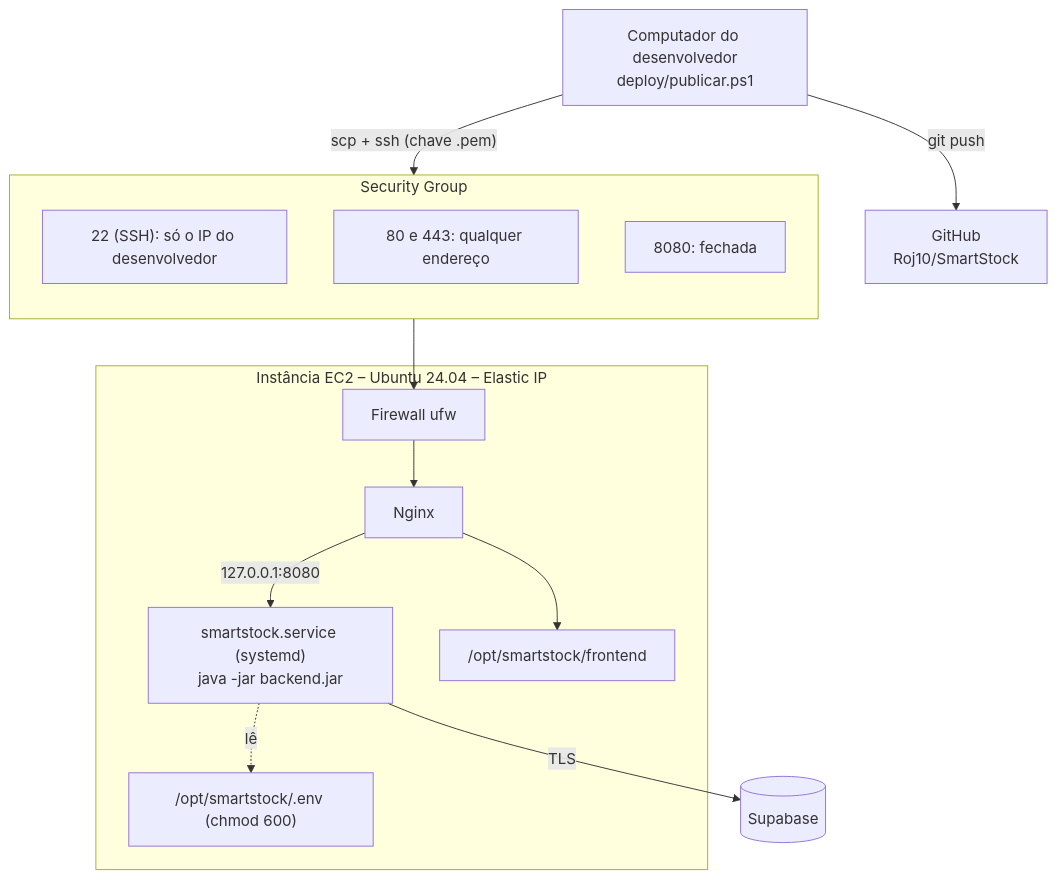
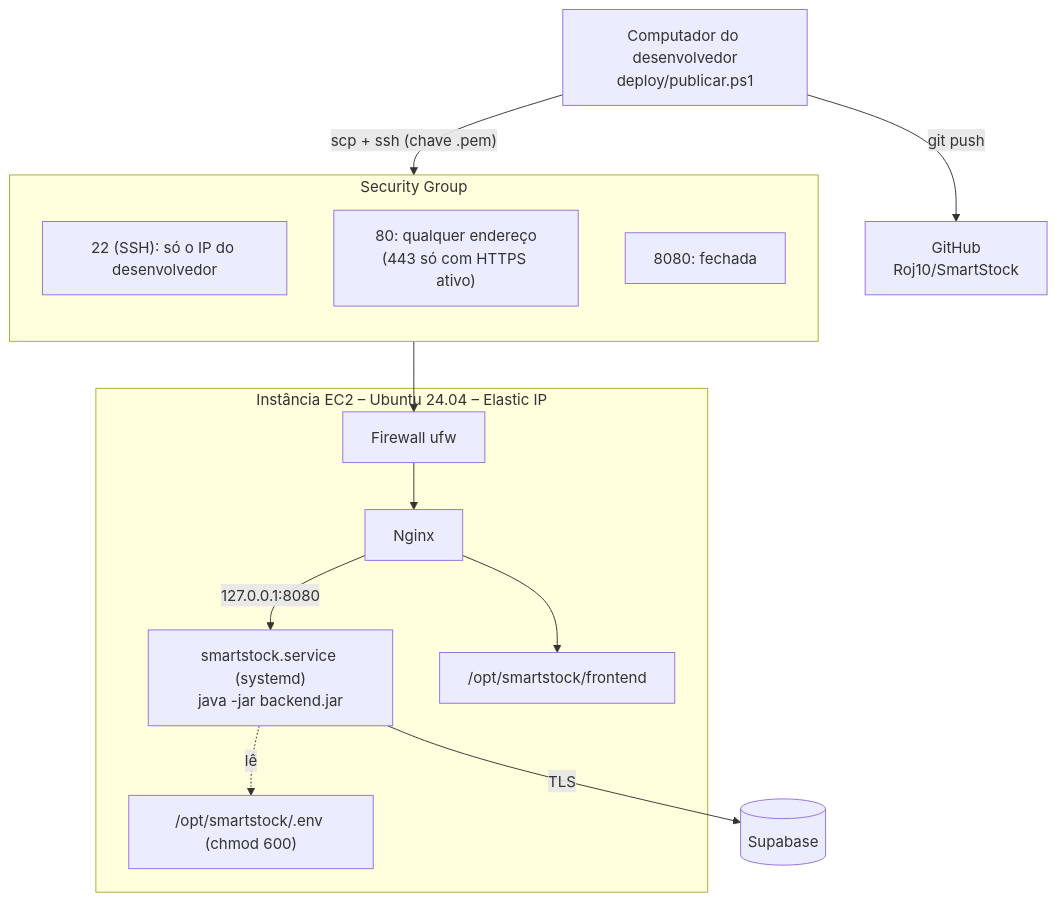
One commit to Roj10/SmartStock changed the sixth of 6 diagrams in docs/diagramas.md. Above: the diagram before and after it, drawn with Mermaid. The commit also changed other lines of this file and 15 other files, not shown here.

````diff
--- a/docs/diagramas.md
+++ b/docs/diagramas.md
@@ -254,26 +254,26 @@
 ```mermaid
 flowchart TB
     dev["Computador do desenvolvedor<br/>deploy/publicar.ps1"]
     gh["GitHub<br/>Roj10/SmartStock"]
     subgraph SG["Security Group"]
         direction TB
         r1["22 (SSH): só o IP do desenvolvedor"]
-        r2["80 e 443: qualquer endereço"]
+        r2["80: qualquer endereço<br/>(443 só com HTTPS ativo)"]
         r3["8080: fechada"]
     end
     subgraph EC2["Instância EC2 – Ubuntu 24.04 – Elastic IP"]
         ufw["Firewall ufw"]
         ng["Nginx"]
         svc["smartstock.service (systemd)<br/>java -jar backend.jar"]
         fe["/opt/smartstock/frontend"]
         env["/opt/smartstock/.env (chmod 600)"]
     end
     sb[("Supabase")]
 
     dev -- "git push" --> gh
     dev -- "scp + ssh (chave .pem)" --> SG --> ufw --> ng
     ng --> fe
     ng -- "127.0.0.1:8080" --> svc
     svc -. "lê" .-> env
     svc -- "TLS" --> sb
 ```
````
